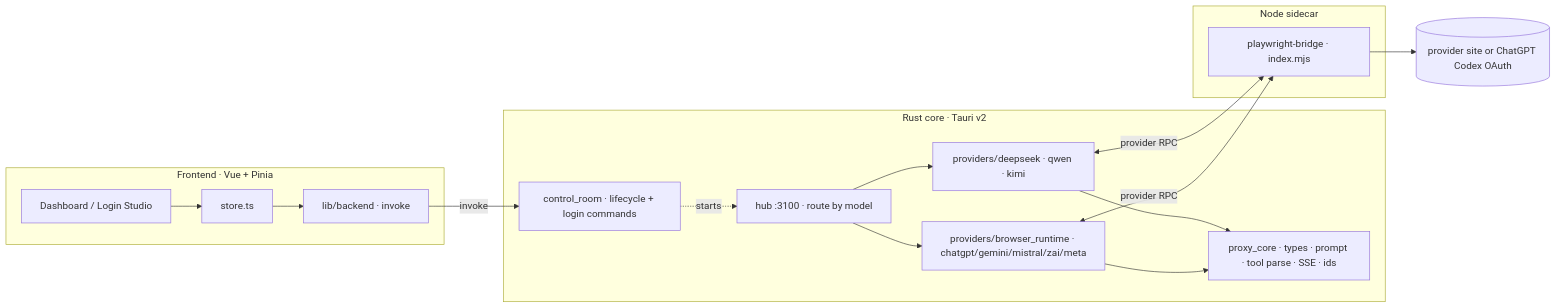
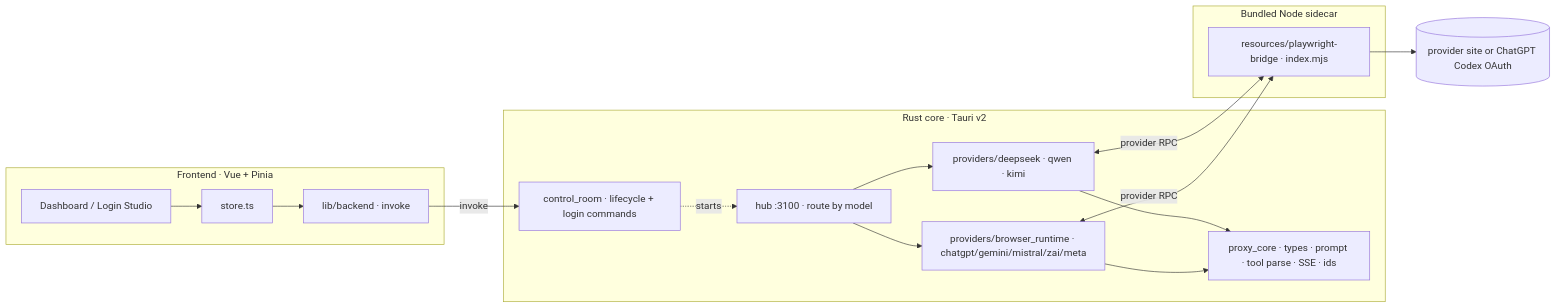
Before and after one commit to SobralCybersec/RustProxyHub: the second of 7 diagrams in README.md, drawn with Mermaid. The commit also changed other lines of this file and 2 other files, not shown here.

````diff
--- a/README.md
+++ b/README.md
@@ -200,26 +233,26 @@
 ```mermaid
 flowchart LR
     subgraph FE[Frontend · Vue + Pinia]
       UI[Dashboard / Login Studio] --> ST[store.ts]
       ST --> INV[lib/backend · invoke]
     end
 
     subgraph BE[Rust core · Tauri v2]
       CR[control_room · lifecycle + login commands]
       HUB[hub :3100 · route by model]
       P1[providers/deepseek · qwen · kimi]
       P2[providers/browser_runtime · chatgpt/gemini/mistral/zai/meta]
       CORE[proxy_core · types · prompt · tool parse · SSE · ids]
     end
 
-    subgraph BR[Node sidecar]
-      PW[playwright-bridge · index.mjs]
+    subgraph BR[Bundled Node sidecar]
+      PW[resources/playwright-bridge · index.mjs]
     end
 
     INV -->|invoke| CR
     CR -.starts.-> HUB
     HUB --> P1 & P2
     P1 & P2 --> CORE
     P1 & P2 <-->|provider RPC| PW
     PW --> WEB[(provider site or ChatGPT Codex OAuth)]
 ```
````
